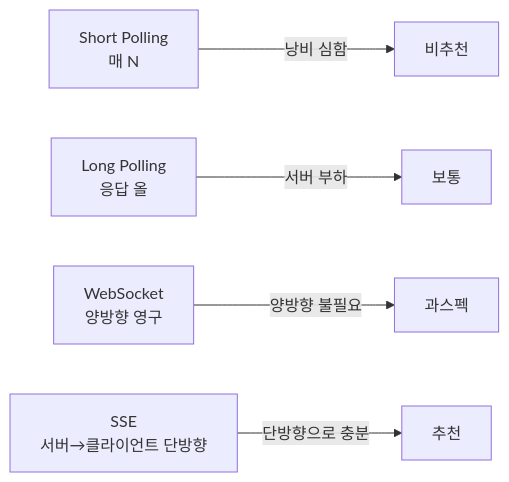
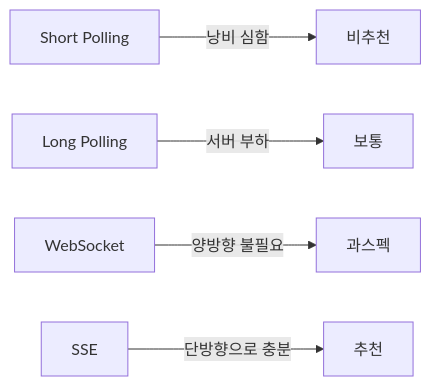
One commit to yjkim2015/yjkim2015.github.io changed the fifth of 8 diagrams in _posts/systemdesign/2026-05-03-system-design-file-storage.md. Above: the diagram before and after it, drawn with Mermaid. The commit also changed other lines of this file and 217 other files, not shown here.

First line of the commit message:
Mermaid 크기 수정: useMaxWidth:true + SVG max-width:100% + 라벨 축소

````diff
--- a/_posts/systemdesign/2026-05-03-system-design-file-storage.md
+++ b/_posts/systemdesign/2026-05-03-system-design-file-storage.md
@@ -411,11 +411,11 @@
 ```mermaid
 graph LR
-    A["Short Polling\n매 N"]
-    B["Long Polling\n응답 올"]
-    C["WebSocket\n양방향 영구"]
-    D["SSE\n서버→클라이언트 단방향"]
+    A["Short Polling"]
+    B["Long Polling"]
+    C["WebSocket"]
+    D["SSE"]
     A -->|"낭비 심함"| X["비추천"]
     B -->|"서버 부하"| Y["보통"]
     C -->|"양방향 불필요"| Z["과스펙"]
     D -->|"단방향으로 충분"| W["추천"]
 ```
````
